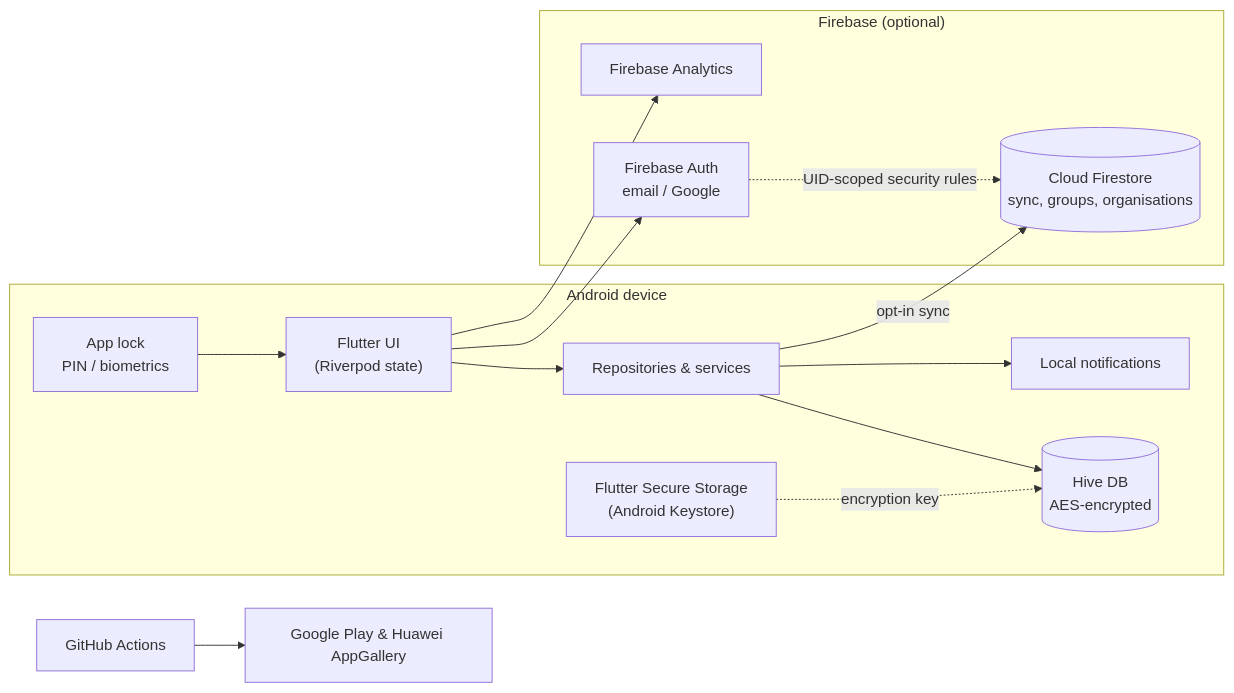
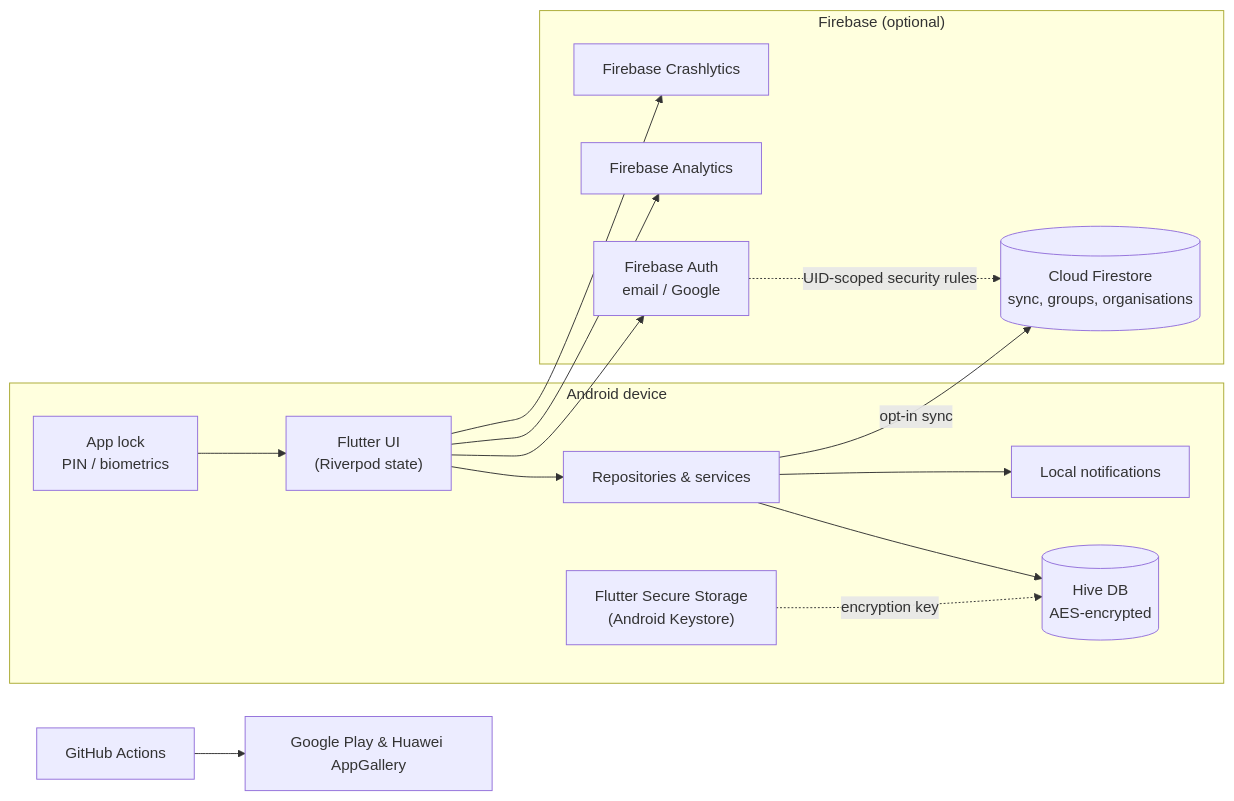
The diagram in README.md (Siyabulela/loan-book-showcase), drawn with Mermaid before and after one commit. The commit also changed other lines of this file, not shown here.

Commit message:
Add hackathon features: PIN security, account recovery, profile, Crashlytics

````diff
--- a/README.md
+++ b/README.md
@@ -33,26 +34,28 @@
 ```mermaid
 flowchart LR
     subgraph Phone["Android device"]
         UI["Flutter UI<br/>(Riverpod state)"]
         Repo["Repositories &amp; services"]
         Hive[("Hive DB<br/>AES-encrypted")]
         Keys["Flutter Secure Storage<br/>(Android Keystore)"]
         Lock["App lock<br/>PIN / biometrics"]
         Notif["Local notifications"]
         UI --> Repo
         Repo --> Hive
         Keys -. encryption key .-> Hive
         Lock --> UI
         Repo --> Notif
     end
     subgraph Firebase["Firebase (optional)"]
         Auth["Firebase Auth<br/>email / Google"]
         FS[("Cloud Firestore<br/>sync, groups, organisations")]
         GA["Firebase Analytics"]
+        CR["Firebase Crashlytics"]
     end
     Repo -- "opt-in sync" --> FS
     UI --> Auth
     Auth -. "UID-scoped security rules" .-> FS
     UI --> GA
+    UI --> CR
     CI["GitHub Actions"] --> Stores["Google Play &amp; Huawei AppGallery"]
 ```
````
